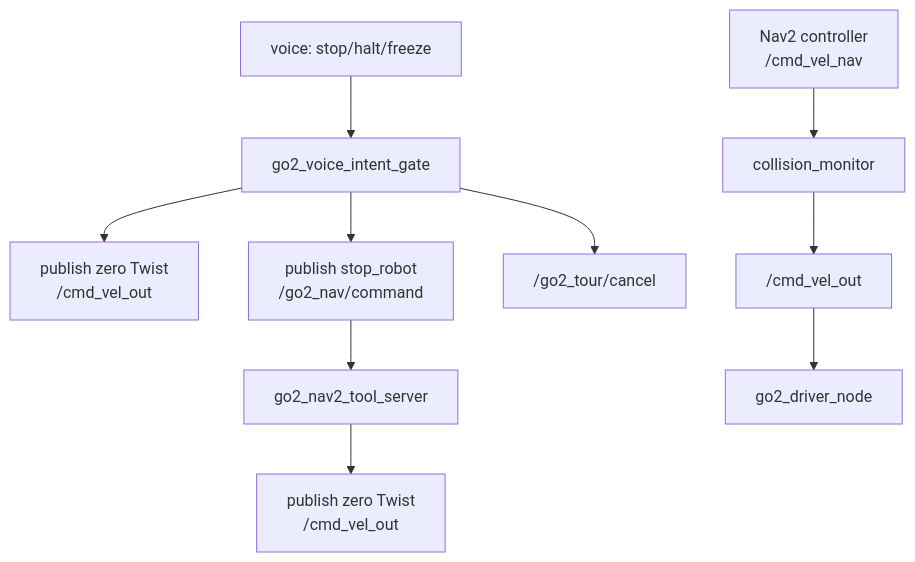
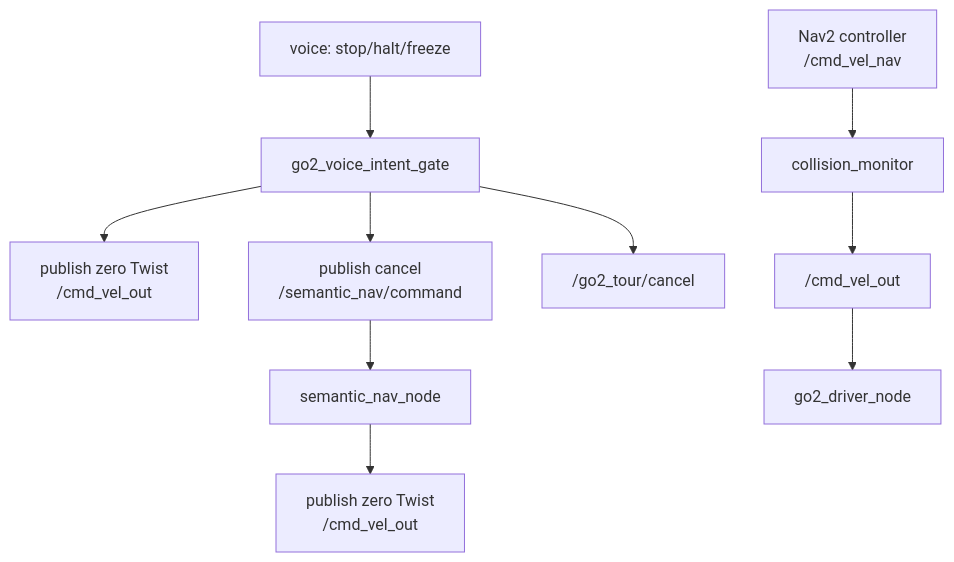
One commit to pateldhruv1672/go2_ros changed the eighth of 8 diagrams in docs/ARCHITECTURE.md. Above: the diagram before and after it, drawn with Mermaid. The commit also changed other lines of this file and 12 other files, not shown here.

````diff
--- a/docs/ARCHITECTURE.md
+++ b/docs/ARCHITECTURE.md
@@ -352,13 +353,13 @@
 ```mermaid
 flowchart TB
   VoiceStop["voice: stop/halt/freeze"] --> Gate["go2_voice_intent_gate"]
   Gate --> Zero["publish zero Twist\n/cmd_vel_out"]
-  Gate --> StopCmd["publish stop_robot\n/go2_nav/command"]
-  StopCmd --> NavTool["go2_nav2_tool_server"]
-  NavTool --> Zero2["publish zero Twist\n/cmd_vel_out"]
+  Gate --> StopCmd["publish cancel\n/semantic_nav/command"]
+  StopCmd --> SemanticNav["semantic_nav_node"]
+  SemanticNav --> Zero2["publish zero Twist\n/cmd_vel_out"]
   Gate --> CancelTour["/go2_tour/cancel"]
 
   Nav2Cmd["Nav2 controller\n/cmd_vel_nav"] --> Collision["collision_monitor"]
   Collision --> CmdOut["/cmd_vel_out"]
   CmdOut --> Driver["go2_driver_node"]
 ```
````
